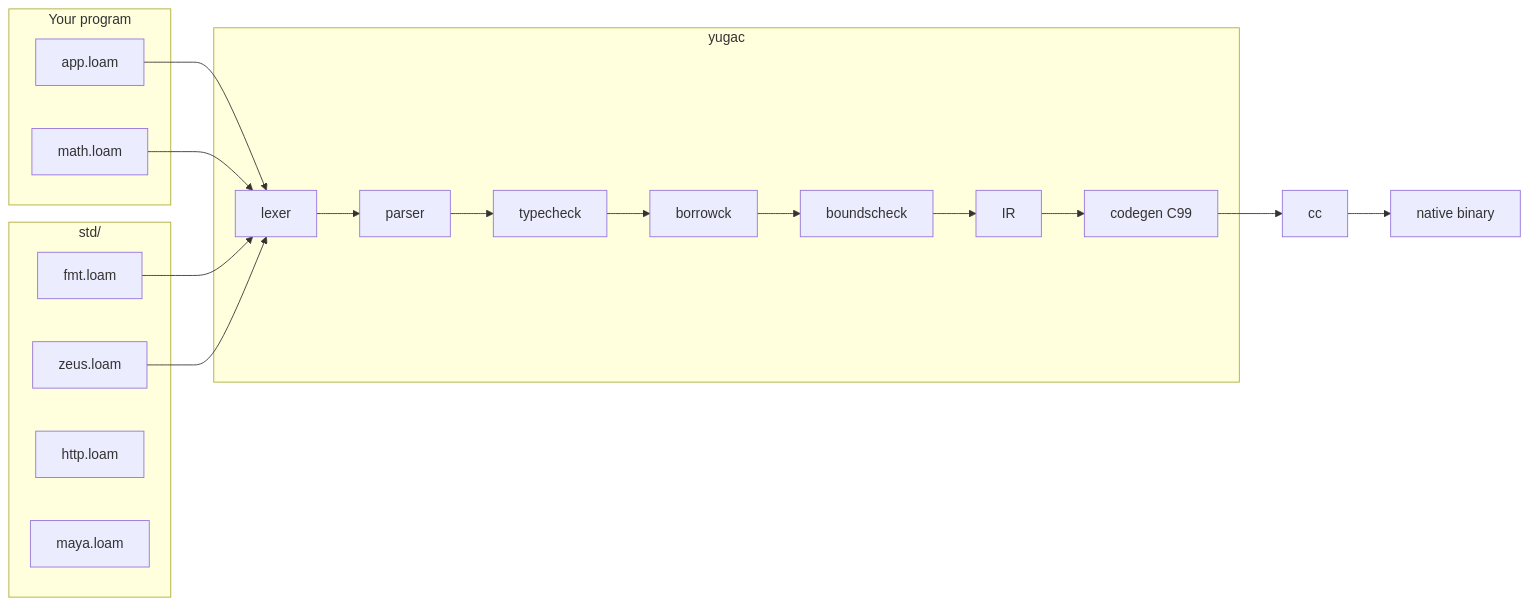
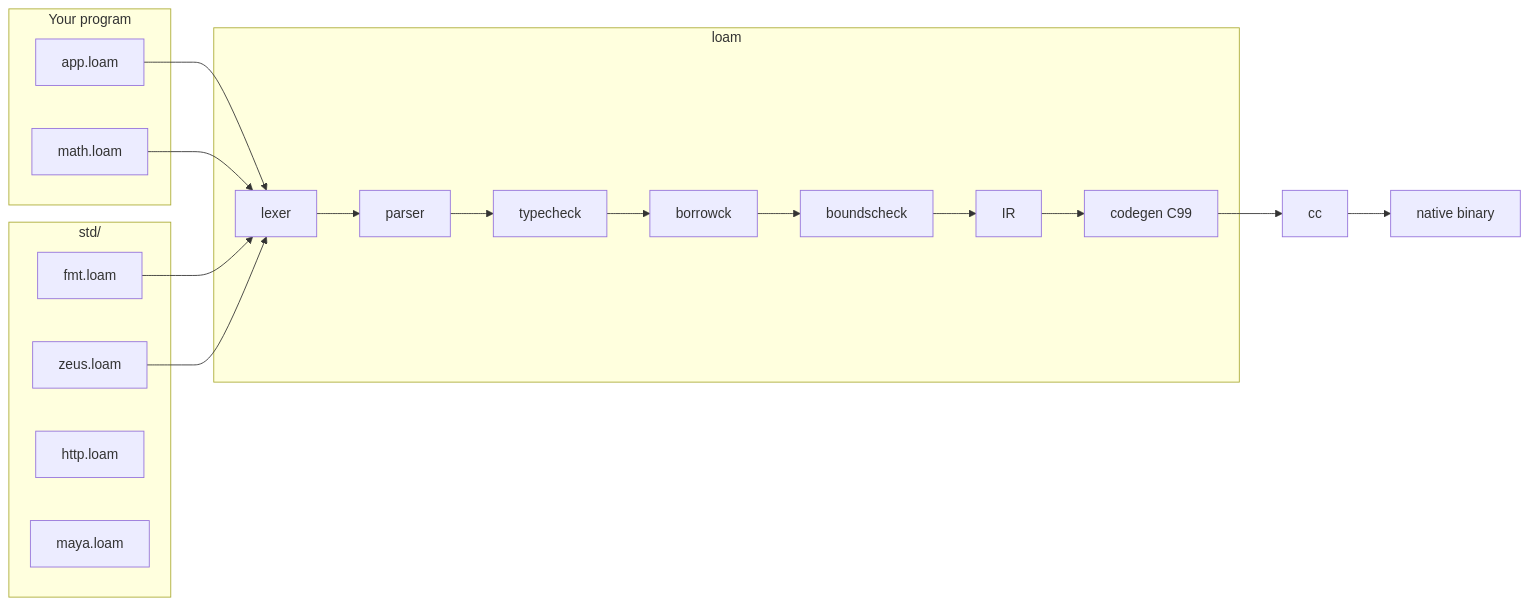
One commit to crestbala/loam changed the diagram in docs/yuga.md. Above: the diagram before and after it, drawn with Mermaid. The commit also changed other lines of this file and 67 other files, not shown here.

````diff
--- a/docs/yuga.md
+++ b/docs/yuga.md
@@ -14,29 +14,29 @@
 ```mermaid
 flowchart LR
   subgraph src [Your program]
     A["app.loam"]
     B["math.loam"]
   end
   subgraph stdlib [std/]
     F["fmt.loam"]
     Y["zeus.loam"]
     H["http.loam"]
     M["maya.loam"]
   end
-  subgraph yugac [yugac]
+  subgraph loam [loam]
     L[lexer]
     P[parser]
     T[typecheck]
     K[borrowck]
     N[boundscheck]
     I[IR]
     C[codegen C99]
   end
   A --> L
   B --> L
   F --> L
   Y --> L
   L --> P --> T --> K --> N --> I --> C
   C --> CC["cc"]
   CC --> BIN["native binary"]
 ```
````
